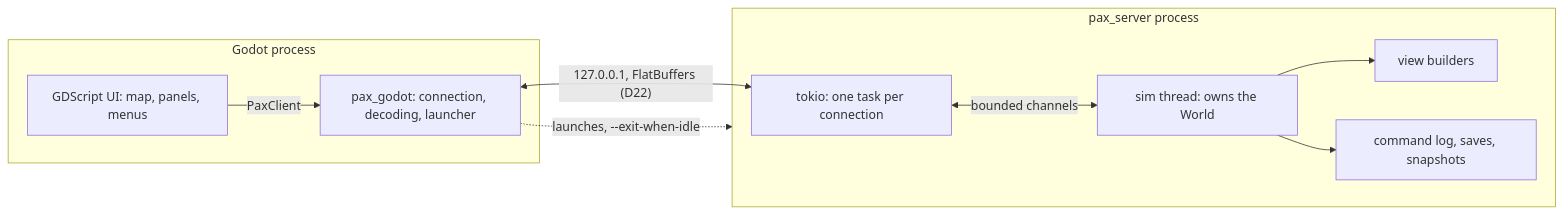
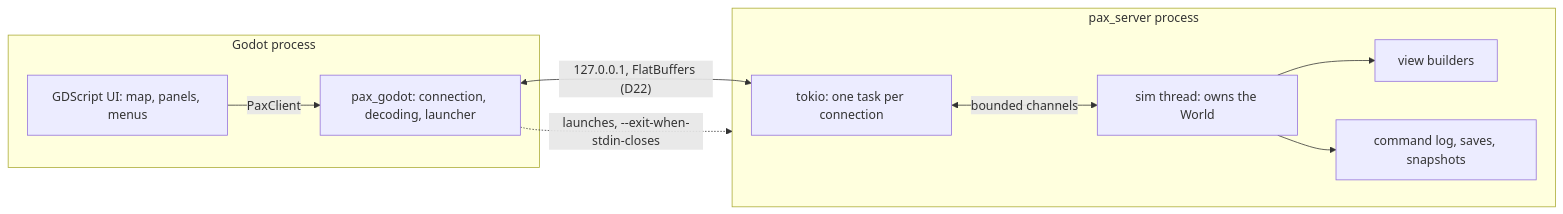
One commit to thomasclarkpersonal-sketch/Iron-and-Blood changed the second of 3 diagrams in docs/ARCHITECTURE.md. Above: the diagram before and after it, drawn with Mermaid. The commit also changed 10 other files, not shown here.

````diff
--- a/docs/ARCHITECTURE.md
+++ b/docs/ARCHITECTURE.md
@@ -31,13 +31,13 @@
 ```mermaid
 flowchart LR
     subgraph Client [Godot process]
         GD[GDScript UI: map, panels, menus] -->|PaxClient| Bridge[pax_godot: connection, decoding, launcher]
     end
     Bridge <-->|"127.0.0.1, FlatBuffers (D22)"| Net
-    Bridge -.->|launches, --exit-when-idle| Server
+    Bridge -.->|launches, --exit-when-stdin-closes| Server
     subgraph Server [pax_server process]
         Net[tokio: one task per connection] <-->|bounded channels| Sim[sim thread: owns the World]
         Sim --> Views[view builders]
         Sim --> Saves[command log, saves, snapshots]
     end
 ```
````
